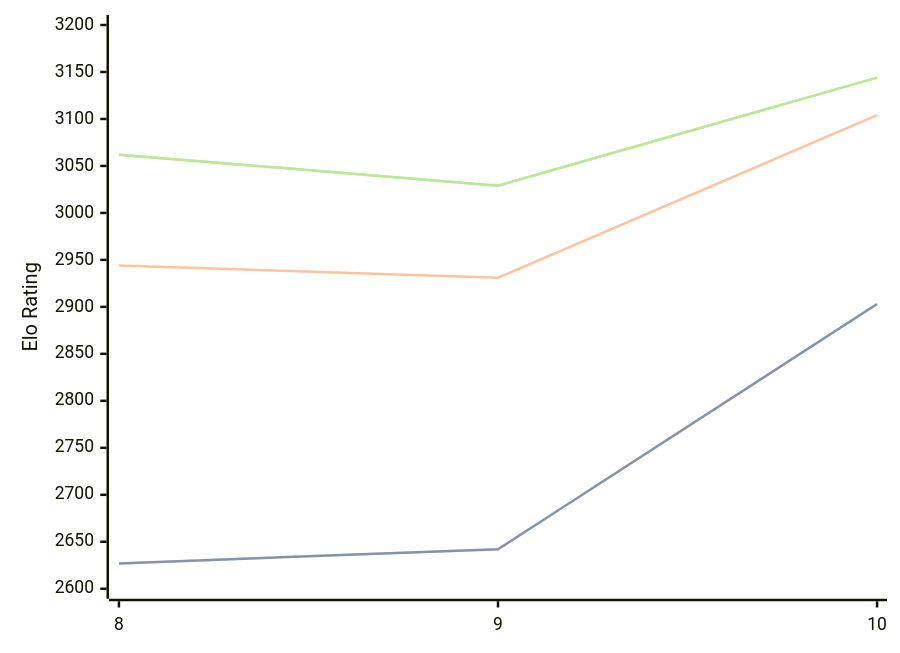
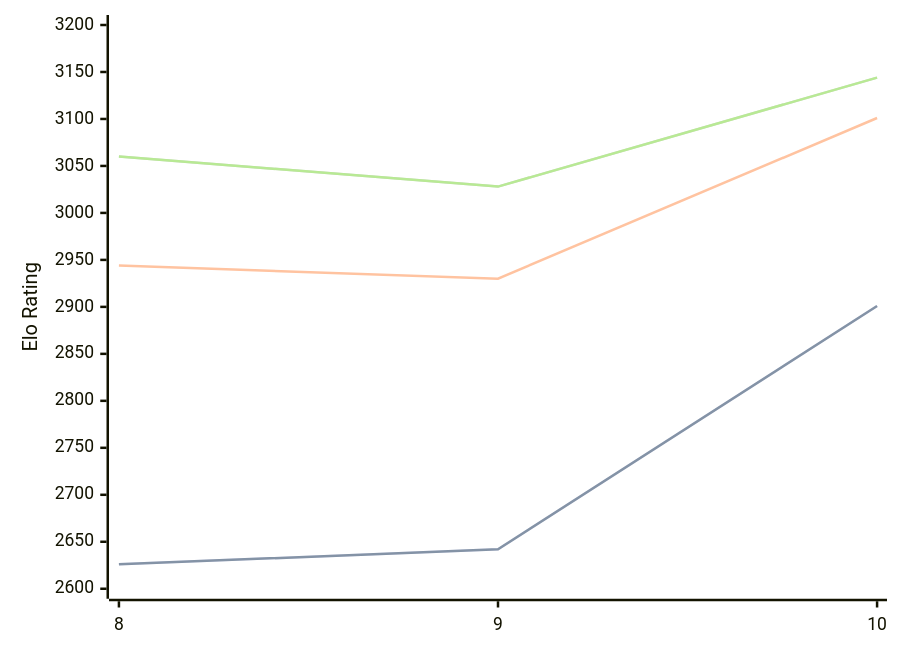
Before and after one commit to computer-chess-index/cci: the diagram in engines/Lozza.md, drawn with Mermaid. The commit also changed other lines of this file, not shown here.

Commit message:
Update CCI Ratings (ELO VLTC) - 2026-03-30

````diff
--- a/engines/Lozza.md
+++ b/engines/Lozza.md
@@ -41,11 +41,11 @@
 ```mermaid
 %%{init: {"theme":"base","themeVariables":{"seriesColors:['#a3a3a3','#222221','#faa371']}}}%%
 xychart-beta
   x-axis ["8", "9", "10"]
   y-axis "Elo Rating" 2600 --> 3200
-  line "STC (8.0+0.08s)" [2627, 2642, 2903]
-  line "STC (8.0+0.08s)" [2627, 2642, 2903]
-  line "LTC (60.0+0.60s)" [2944, 2931, 3104]
-  line "VLTC (2m24s+1.12s)" [3062, 3029, 3144]
-  line "VLTC (2m24s+1.12s)" [3062, 3029, 3144]
+  line "STC (8.0+0.08s)" [2626, 2642, 2901]
+  line "STC (8.0+0.08s)" [2626, 2642, 2901]
+  line "LTC (60.0+0.60s)" [2944, 2930, 3101]
+  line "VLTC (2m24s+1.12s)" [3060, 3028, 3144]
+  line "VLTC (2m24s+1.12s)" [3060, 3028, 3144]
 ```
````
